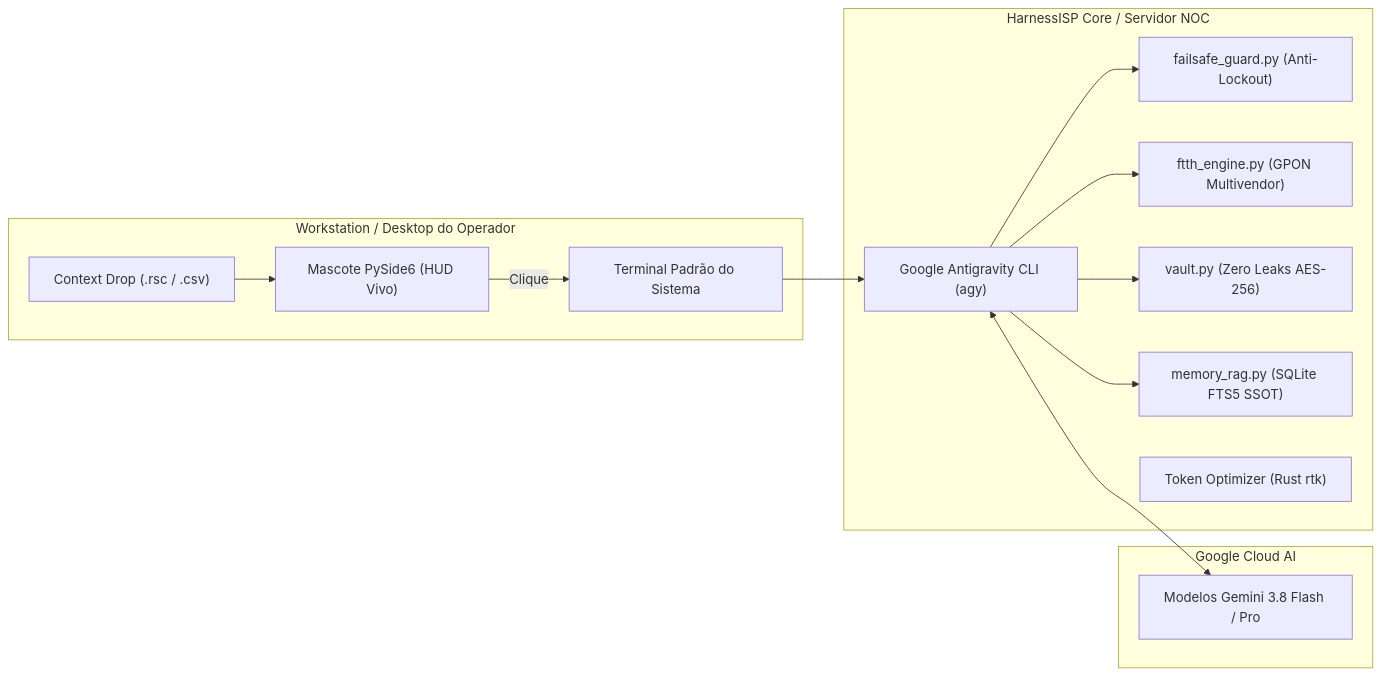
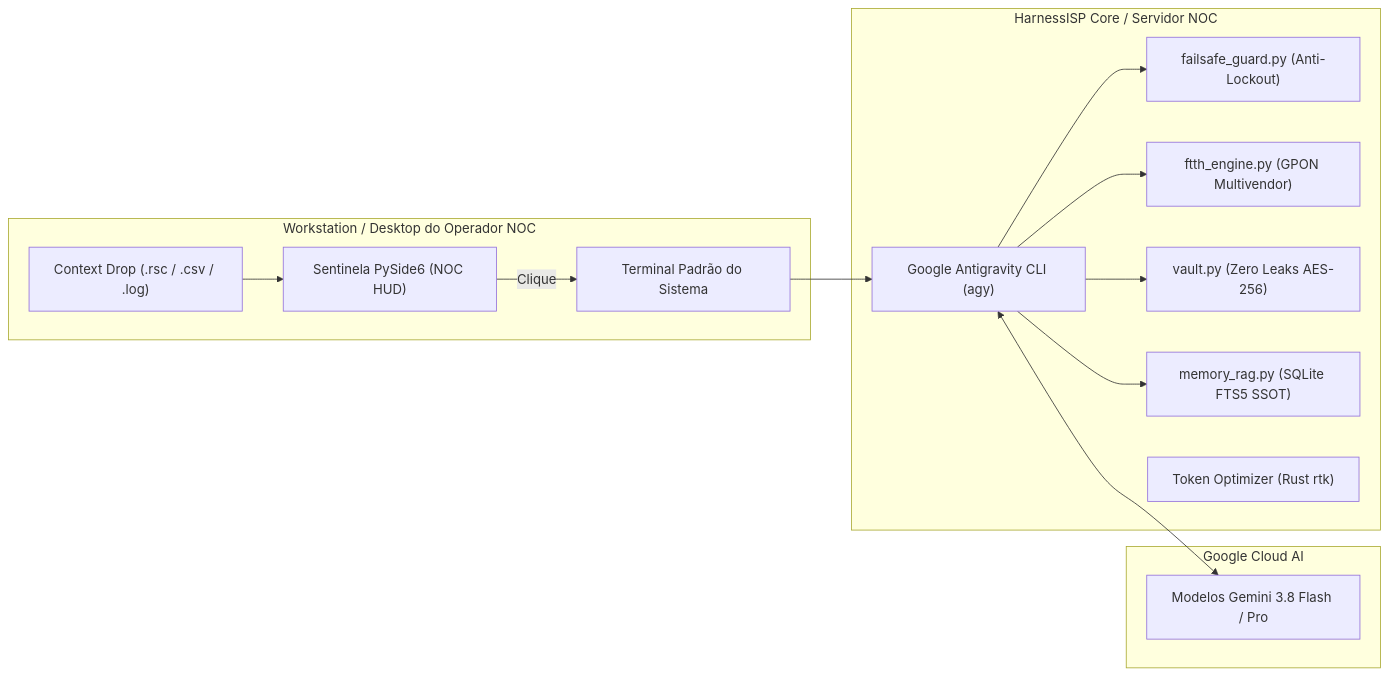
The diagram in README.md (brncesarms/harness-isp), drawn with Mermaid before and after one commit. The commit also changed other lines of this file and 9 other files, not shown here.

Commit message:
refactor(gui): remove coucou mascot in favor of professional NOC sentinela HUD

````diff
--- a/README.md
+++ b/README.md
@@ -30,28 +27,28 @@
 ```mermaid
 flowchart LR
-    subgraph Workstation["Workstation / Desktop do Operador"]
-        Companion["Mascote PySide6 (HUD Vivo)"]
-        DropZone["Context Drop (.rsc / .csv)"] --> Companion
-        Companion -->|Clique| Terminal["Terminal Padrão do Sistema"]
+    subgraph Workstation["Workstation / Desktop do Operador NOC"]
+        Sentinela["Sentinela PySide6 (NOC HUD)"]
+        DropZone["Context Drop (.rsc / .csv / .log)"] --> Sentinela
+        Sentinela -->|Clique| Terminal["Terminal Padrão do Sistema"]
     end
 
     subgraph CoreEngine["HarnessISP Core / Servidor NOC"]
         AGY["Google Antigravity CLI (agy)"]
         Guard["failsafe_guard.py (Anti-Lockout)"]
         FTTH["ftth_engine.py (GPON Multivendor)"]
         Vault["vault.py (Zero Leaks AES-256)"]
         RAG["memory_rag.py (SQLite FTS5 SSOT)"]
         RTK["Token Optimizer (Rust rtk)"]
     end
 
     subgraph Cloud["Google Cloud AI"]
         Gemini["Modelos Gemini 3.8 Flash / Pro"]
     end
 
     Terminal --> AGY
     AGY <--> Gemini
     AGY --> Guard
     AGY --> FTTH
     AGY --> RAG
     AGY --> Vault
 ```
````
